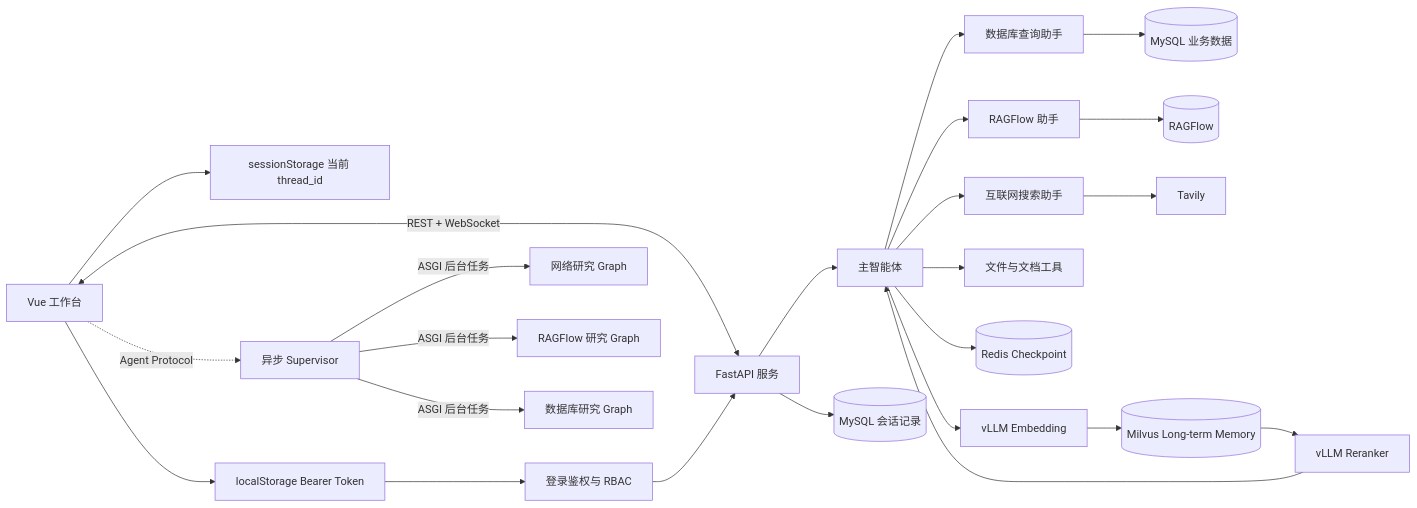
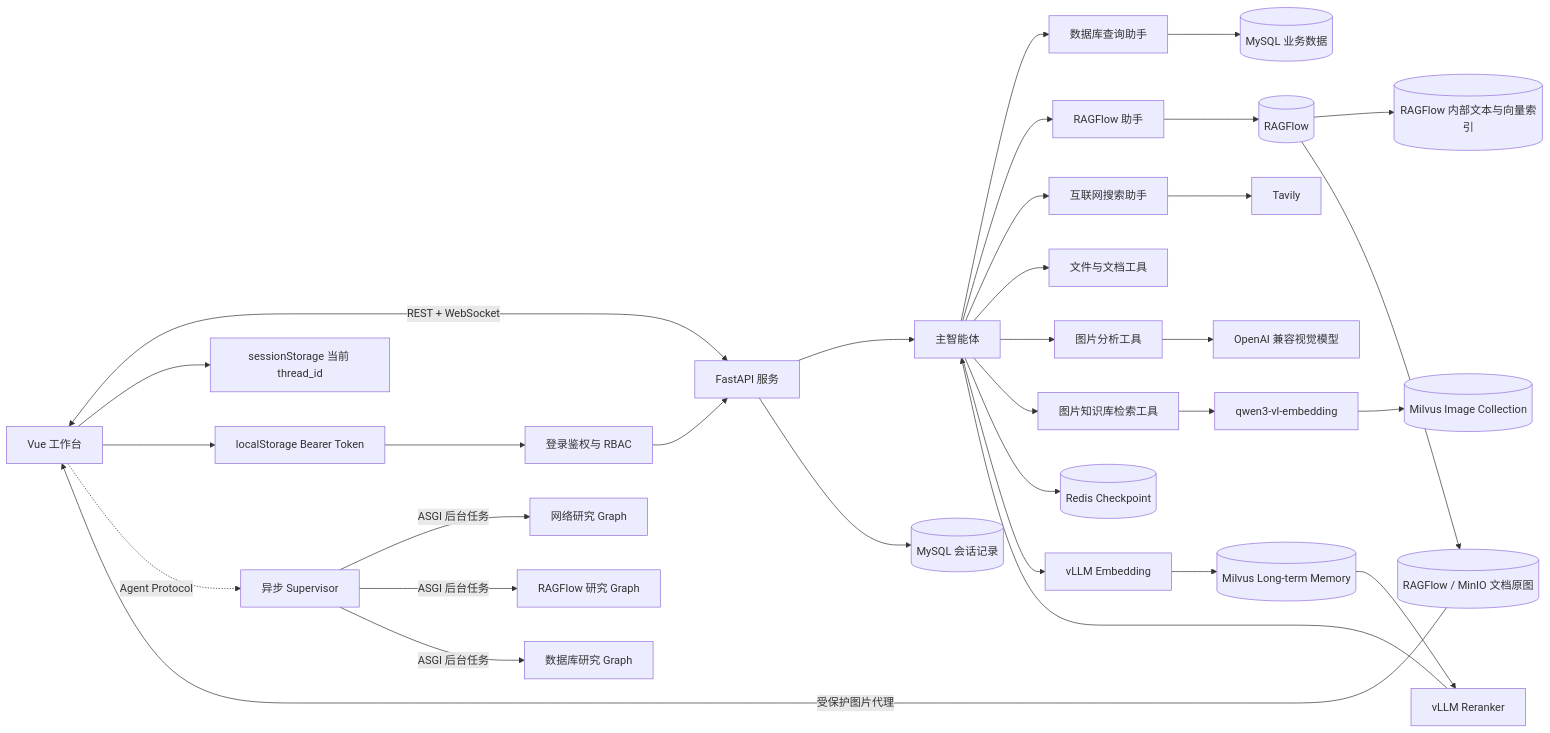
The diagram in README.md (XiaoFeiCode/DeepResearchAgent), drawn with Mermaid before and after one commit. The commit also changed other lines of this file and 55 other files, not shown here.

````diff
--- a/README.md
+++ b/README.md
@@ -97,26 +101,34 @@
 ```mermaid
 flowchart LR
     UI[Vue 工作台] <-->|REST + WebSocket| API[FastAPI 服务]
     UI --> SESSION[sessionStorage 当前 thread_id]
     UI --> TOKEN[localStorage Bearer Token]
     TOKEN --> AUTH[登录鉴权与 RBAC]
     AUTH --> API
     API --> MAIN[主智能体]
     UI -.->|Agent Protocol| ASYNC[异步 Supervisor]
     ASYNC -->|ASGI 后台任务| AWEB[网络研究 Graph]
     ASYNC -->|ASGI 后台任务| ARAG[RAGFlow 研究 Graph]
     ASYNC -->|ASGI 后台任务| ADB[数据库研究 Graph]
     API --> HISTORY[(MySQL 会话记录)]
     MAIN --> DB[数据库查询助手]
     MAIN --> RAG[RAGFlow 助手]
     MAIN --> WEB[互联网搜索助手]
     MAIN --> DOC[文件与文档工具]
+    MAIN --> VISION[图片分析工具]
+    MAIN --> IMGSEARCH[图片知识库检索工具]
     DB --> MYSQL[(MySQL 业务数据)]
     RAG --> RF[(RAGFlow)]
+    RF --> RFVEC[(RAGFlow 内部文本与向量索引)]
+    RF --> RFIMG[(RAGFlow / MinIO 文档原图)]
+    RFIMG -->|受保护图片代理| UI
     WEB --> TAVILY[Tavily]
+    VISION --> VLM[OpenAI 兼容视觉模型]
+    IMGSEARCH --> MMEMBED[qwen3-vl-embedding]
+    MMEMBED --> IMAGES[(Milvus Image Collection)]
     MAIN --> SHORT[(Redis Checkpoint)]
     MAIN --> EMBED[vLLM Embedding]
     EMBED --> LONG[(Milvus Long-term Memory)]
     LONG --> RERANK[vLLM Reranker]
     RERANK --> MAIN
 ```
````
